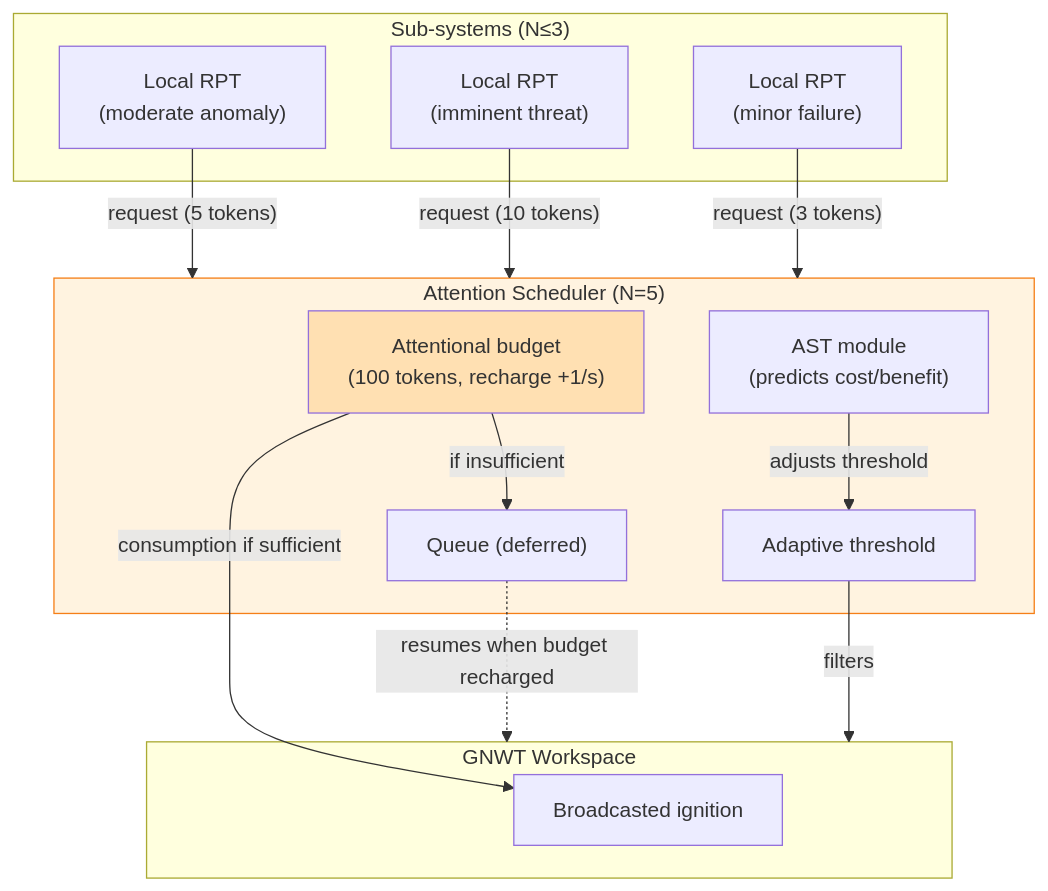
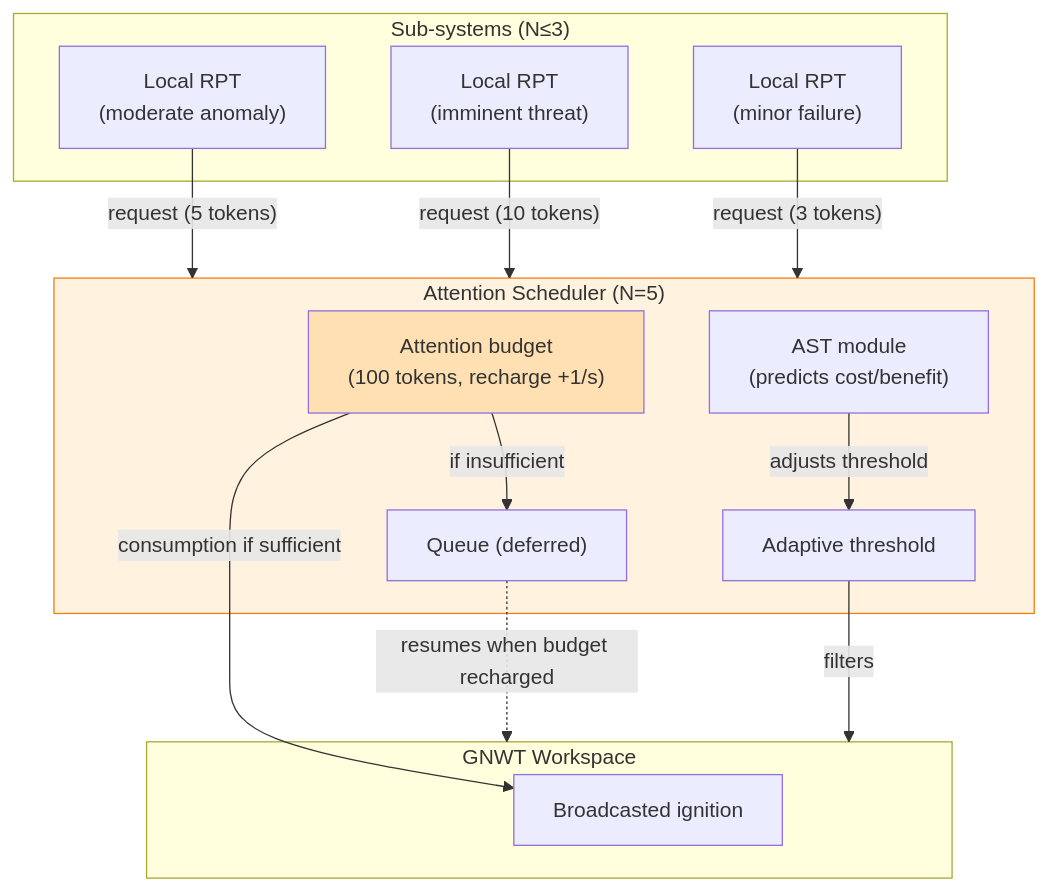
Before and after one commit to AlainCo/GNWT-Garrigue-X-en: the sixth of 7 diagrams in concepts/concepts.md, drawn with Mermaid. The commit also changed other lines of this file and 23 other files, not shown here.

````diff
--- a/concepts/concepts.md
+++ b/concepts/concepts.md
@@ -529,33 +536,33 @@
 ```mermaid
 flowchart TD
     subgraph Inputs ["Sub-systems (N≤3)"]
         A["Local RPT<br>(moderate anomaly)"]
         B["Local RPT<br>(imminent threat)"]
         C["Local RPT<br>(minor failure)"]
     end
 
     subgraph Scheduler ["Attention Scheduler (N=5)"]
-        Budget["Attentional budget<br>(100 tokens, recharge +1/s)"]
+        Budget["Attention budget<br>(100 tokens, recharge +1/s)"]
         AST["AST module<br>(predicts cost/benefit)"]
         File["Queue (deferred)"]
         Seuil["Adaptive threshold"]
     end
 
     subgraph Workspace ["GNWT Workspace"]
         Ignition["Broadcasted ignition"]
     end
 
     A -->|"request (5 tokens)"| Scheduler
     B -->|"request (10 tokens)"| Scheduler
     C -->|"request (3 tokens)"| Scheduler
 
     Budget -->|"consumption if sufficient"| Ignition
     Budget -->|"if insufficient"| File
     AST -->|"adjusts threshold"| Seuil
     Seuil -->|"filters"| Workspace
 
     File -.->|"resumes when budget recharged"| Workspace
 
     style Scheduler fill:#fff3e0,stroke:#f57f17
     style Budget fill:#ffe0b2
 ```
````
